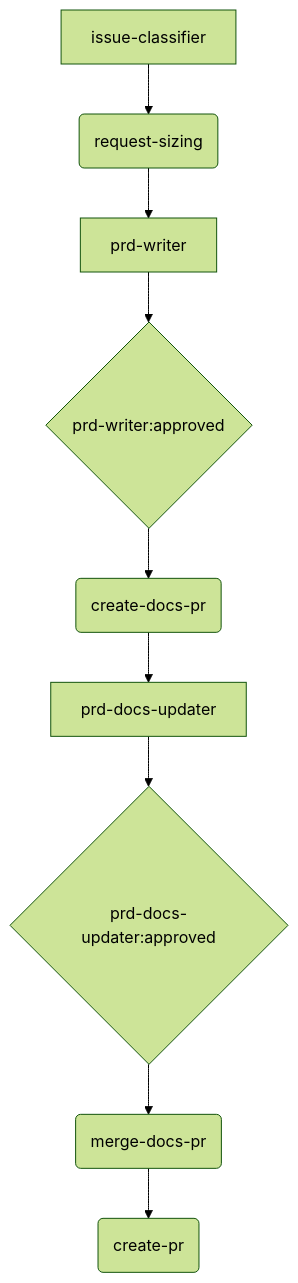
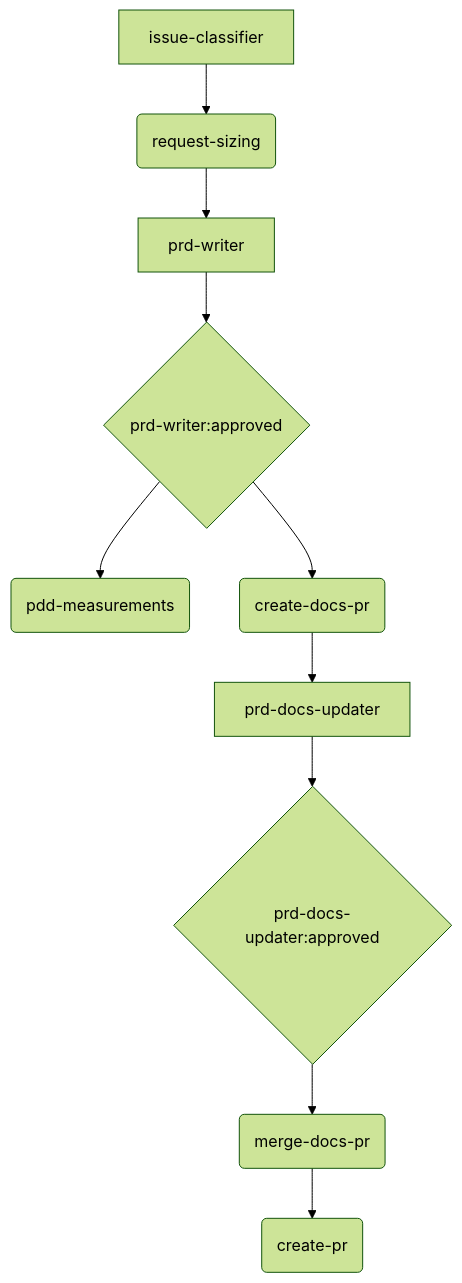
One commit to M-A-Operating-System/ai-coding-standards2 changed the diagram in docs/product/orchestrator/generated/phases/01_product_docs.mmd. Above: the diagram before and after it, drawn with Mermaid (forest theme). The commit also changed 2 other files, not shown here.

Commit message:
chore: regenerate pipeline diagrams

```diff
--- a/docs/product/orchestrator/generated/phases/01_product_docs.mmd
+++ b/docs/product/orchestrator/generated/phases/01_product_docs.mmd
@@ -1,18 +1,20 @@
 flowchart TD
     n_01_product_docs__issue_classifier["issue-classifier"]
     n_01_product_docs__request_sizing("request-sizing")
     n_01_product_docs__prd_writer["prd-writer"]
+    n_01_product_docs__pdd_measurements("pdd-measurements")
     n_01_product_docs__create_docs_pr("create-docs-pr")
     n_01_product_docs__prd_docs_updater["prd-docs-updater"]
     n_01_product_docs__merge_docs_pr("merge-docs-pr")
     n_01_product_docs__create_pr("create-pr")
     gate__n_01_product_docs__prd_writer{"prd-writer:approved"}
     gate__n_01_product_docs__prd_docs_updater{"prd-docs-updater:approved"}
     n_01_product_docs__prd_writer --> gate__n_01_product_docs__prd_writer
     n_01_product_docs__prd_docs_updater --> gate__n_01_product_docs__prd_docs_updater
     n_01_product_docs__issue_classifier --> n_01_product_docs__request_sizing
     n_01_product_docs__request_sizing --> n_01_product_docs__prd_writer
+    gate__n_01_product_docs__prd_writer --> n_01_product_docs__pdd_measurements
     gate__n_01_product_docs__prd_writer --> n_01_product_docs__create_docs_pr
     n_01_product_docs__create_docs_pr --> n_01_product_docs__prd_docs_updater
     gate__n_01_product_docs__prd_docs_updater --> n_01_product_docs__merge_docs_pr
     n_01_product_docs__merge_docs_pr --> n_01_product_docs__create_pr
```
